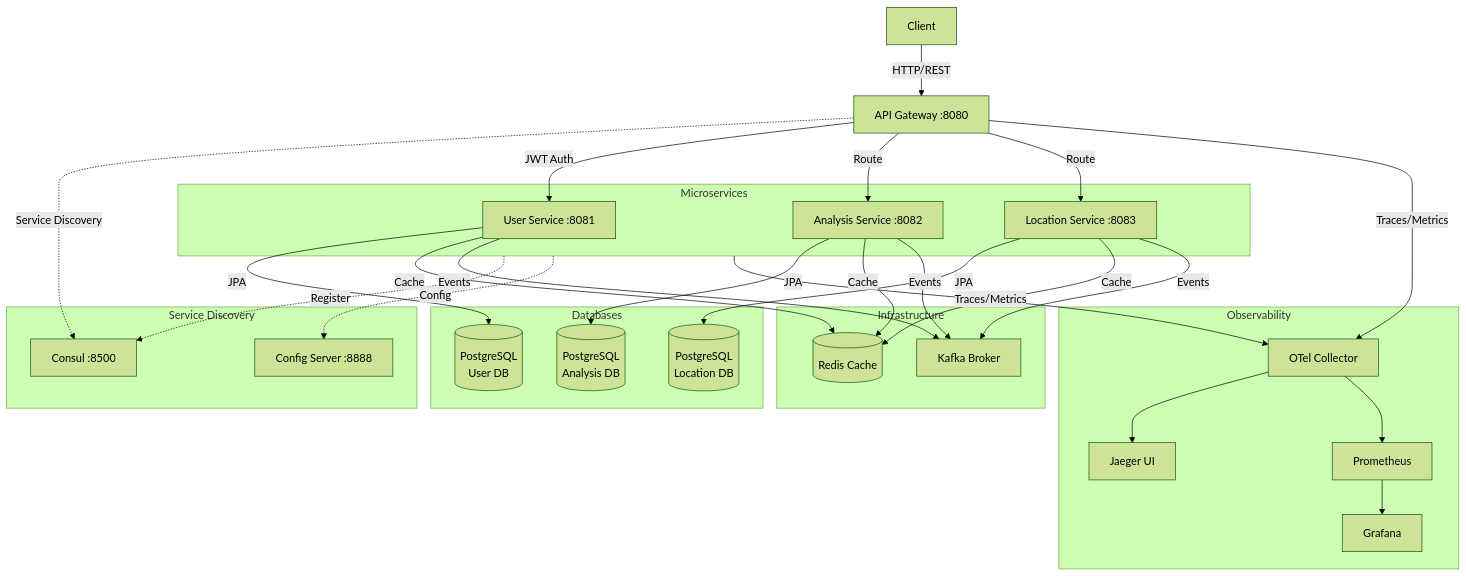
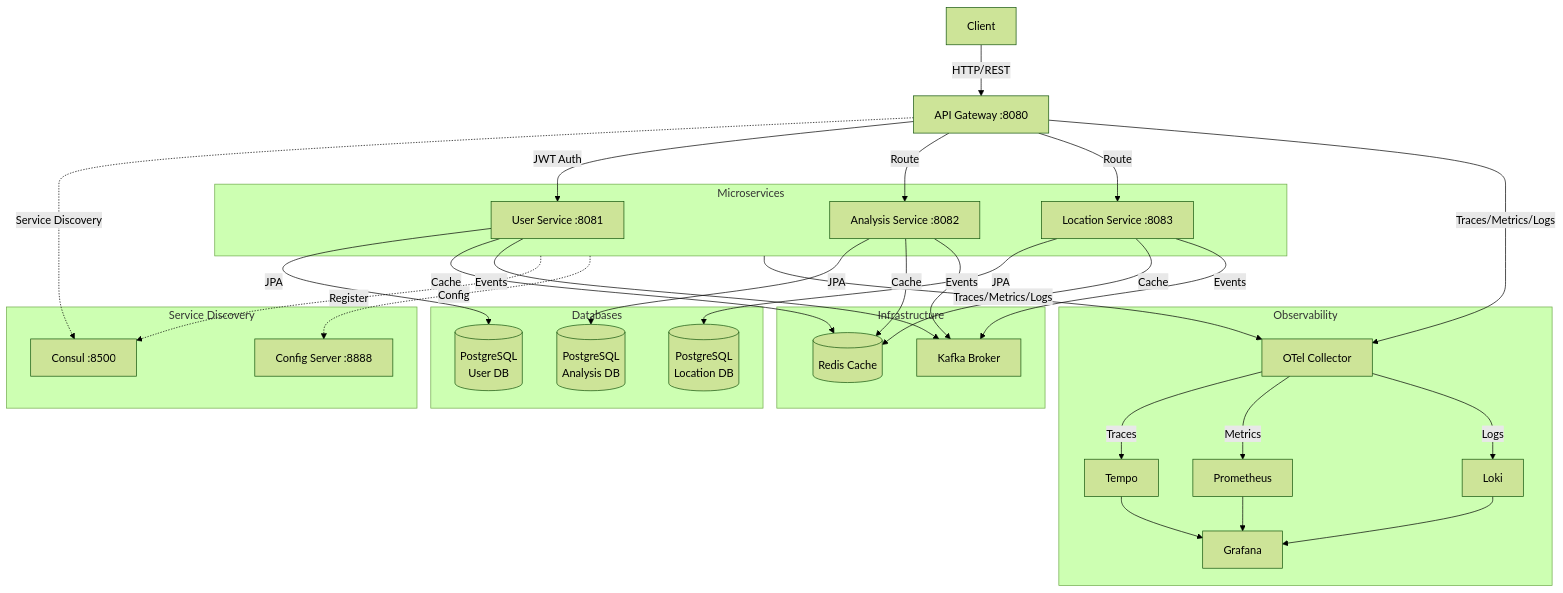
Before and after one commit to MichalSarniewicz/skydive-forecast: the diagram in README.md, drawn with Mermaid (forest theme). The commit also changed other lines of this file and 5 other files, not shown here.

````diff
--- a/README.md
+++ b/README.md
@@ -22,62 +22,66 @@
 ```mermaid
 graph TB
     Client[Client]
     
     subgraph Discovery["Service Discovery"]
         Consul[Consul :8500]
         ConfigServer[Config Server :8888]
     end
     
     Gateway[API Gateway :8080]
     
     subgraph Services["Microservices"]
         User[User Service :8081]
         Analysis[Analysis Service :8082]
         Location[Location Service :8083]
     end
     
     subgraph Databases["Databases"]
         UserDB[(PostgreSQL<br/>User DB)]
         AnalysisDB[(PostgreSQL<br/>Analysis DB)]
         LocationDB[(PostgreSQL<br/>Location DB)]
     end
     
     subgraph Infrastructure["Infrastructure"]
         Redis[(Redis Cache)]
         Kafka[Kafka Broker]
     end
     
     subgraph Observability["Observability"]
         OTel[OTel Collector]
-        Jaeger[Jaeger UI]
+        Tempo[Tempo]
         Prometheus[Prometheus]
+        Loki[Loki]
         Grafana[Grafana]
     end
     
     Client -->|HTTP/REST| Gateway
     Gateway -.->|Service Discovery| Consul
     Services -.->|Register| Consul
     Services -.->|Config| ConfigServer
     
     Gateway -->|JWT Auth| User
     Gateway -->|Route| Analysis
     Gateway -->|Route| Location
     
     User -->|JPA| UserDB
     Analysis -->|JPA| AnalysisDB
     Location -->|JPA| LocationDB
     
     User -->|Cache| Redis
     Analysis -->|Cache| Redis
     Location -->|Cache| Redis
     
     Analysis -->|Events| Kafka
     User -->|Events| Kafka
     Location -->|Events| Kafka
     
-    Services -->|Traces/Metrics| OTel
-    Gateway -->|Traces/Metrics| OTel
-    OTel --> Jaeger
-    OTel --> Prometheus
+    Services -->|Traces/Metrics/Logs| OTel
+    Gateway -->|Traces/Metrics/Logs| OTel
+    OTel -->|Traces| Tempo
+    OTel -->|Metrics| Prometheus
+    OTel -->|Logs| Loki
+    Tempo --> Grafana
     Prometheus --> Grafana
+    Loki --> Grafana
 ```
````
